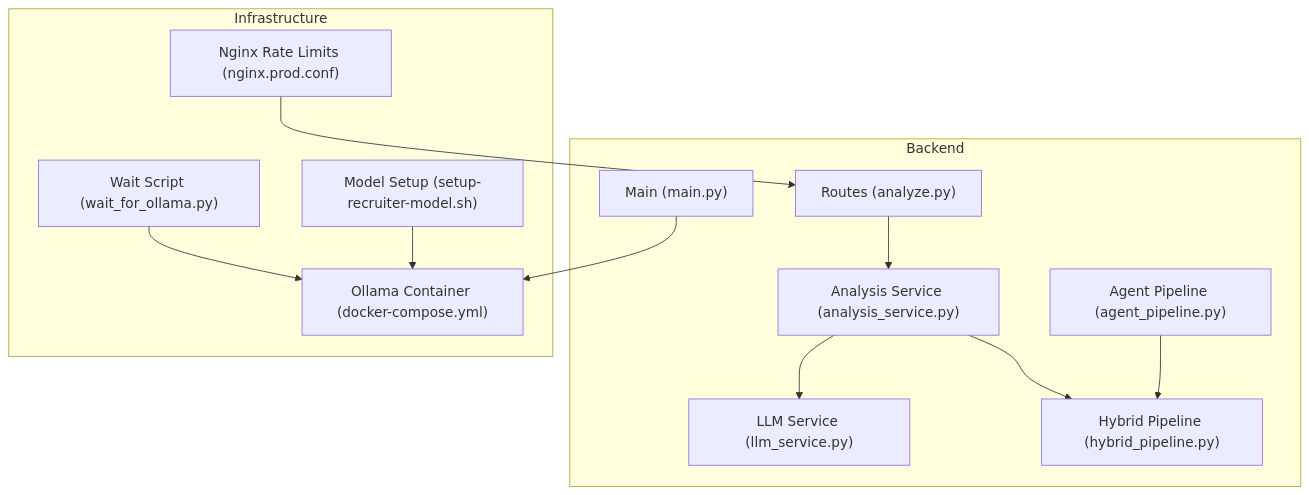
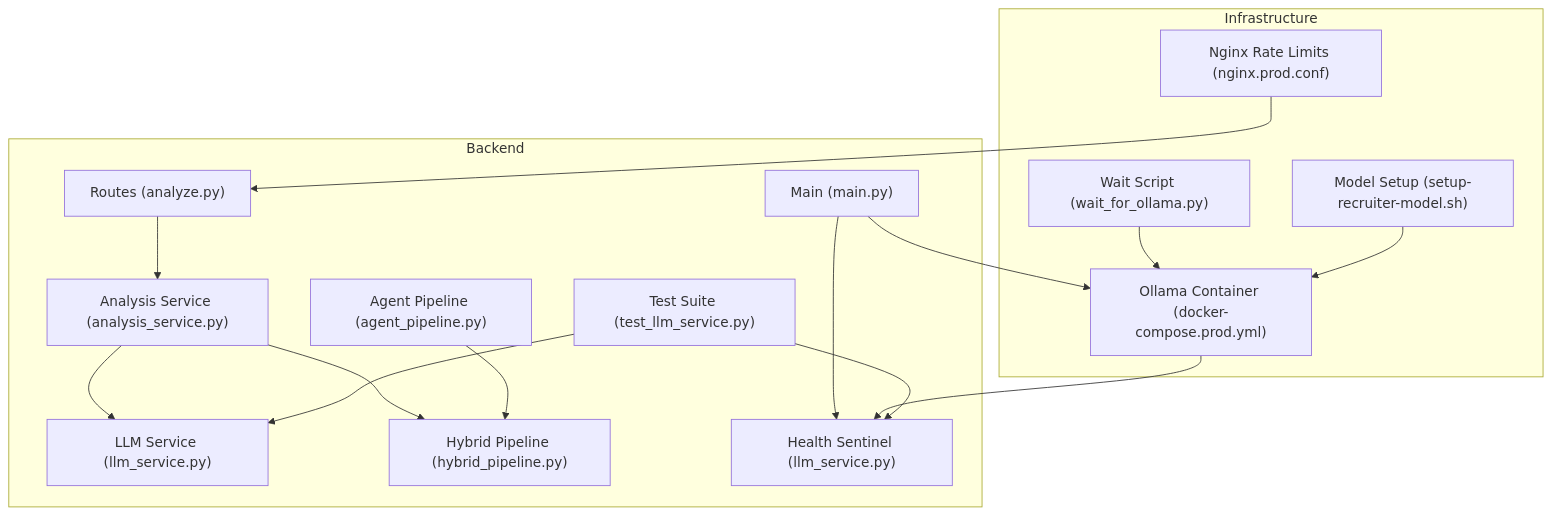
One commit to Revanththetalogics/aireume changed the first of 11 diagrams in .qoder/repowiki/en/content/Analysis Engine/LLM Service Integration.md. Above: the diagram before and after it, drawn with Mermaid. The commit also changed other lines of this file and 33 other files, not shown here.

````diff
--- a/.qoder/repowiki/en/content/Analysis Engine/LLM Service Integration.md
+++ b/.qoder/repowiki/en/content/Analysis Engine/LLM Service Integration.md
@@ -50,25 +52,31 @@
 ```mermaid
 graph TB
 subgraph "Backend"
 A["Routes (analyze.py)"]
 B["Analysis Service (analysis_service.py)"]
 C["LLM Service (llm_service.py)"]
 D["Hybrid Pipeline (hybrid_pipeline.py)"]
 E["Main (main.py)"]
 F["Agent Pipeline (agent_pipeline.py)"]
+G["Health Sentinel (llm_service.py)"]
+H["Test Suite (test_llm_service.py)"]
 end
 subgraph "Infrastructure"
-G["Ollama Container (docker-compose.yml)"]
-H["Nginx Rate Limits (nginx.prod.conf)"]
-I["Wait Script (wait_for_ollama.py)"]
-J["Model Setup (setup-recruiter-model.sh)"]
+I["Ollama Container (docker-compose.prod.yml)"]
+J["Nginx Rate Limits (nginx.prod.conf)"]
+K["Wait Script (wait_for_ollama.py)"]
+L["Model Setup (setup-recruiter-model.sh)"]
 end
 A --> B
 B --> C
 B --> D
+E --> I
 E --> G
 I --> G
-J --> G
-H --> A
+J --> A
 F --> D
+K --> I
+L --> I
+H --> G
+H --> C
 ```
````
